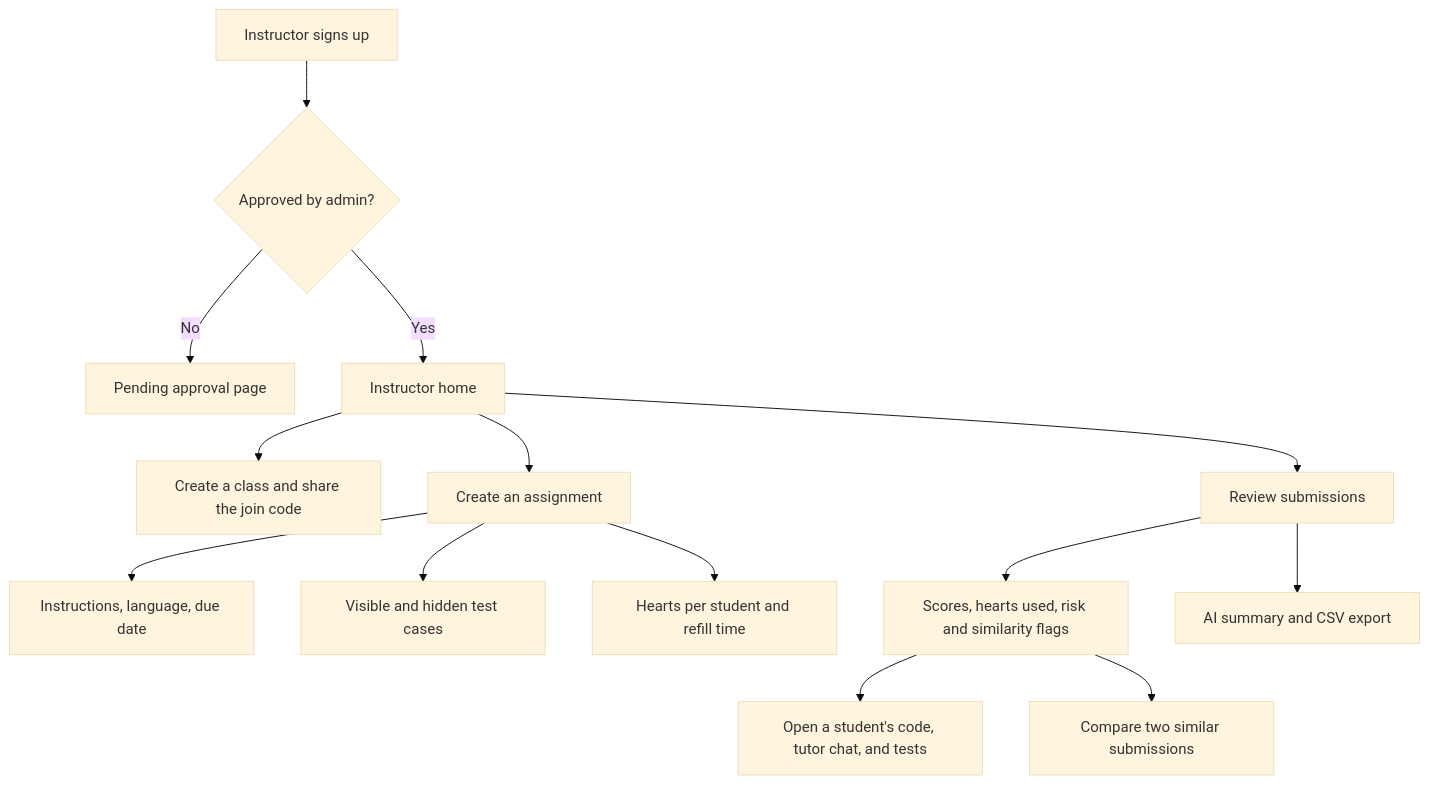
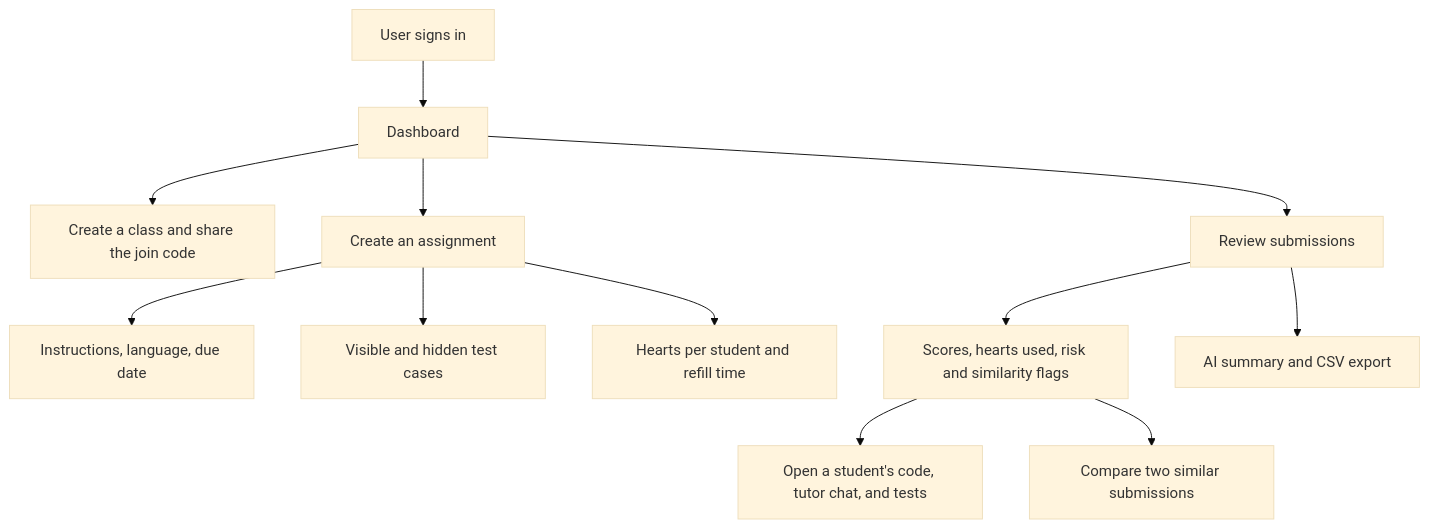
One commit to fjdvm/pace changed the second of 7 diagrams in README.md. Above: the diagram before and after it, drawn with Mermaid (base theme). The commit also changed other lines of this file and 23 other files, not shown here.

Commit message:
fix: remove instructor approval flow (#55)

````diff
--- a/README.md
+++ b/README.md
@@ -111,16 +110,14 @@
 ```mermaid
 flowchart TD
-    A[Instructor signs up] --> B{Approved by admin?}
-    B -->|No| C[Pending approval page]
-    B -->|Yes| D[Instructor home]
+    A[User signs in] --> D[Dashboard]
     D --> E[Create a class and share the join code]
     D --> F[Create an assignment]
     F --> G[Instructions, language, due date]
     F --> H[Visible and hidden test cases]
     F --> I[Hearts per student and refill time]
     D --> J[Review submissions]
     J --> K[Scores, hearts used, risk and similarity flags]
     K --> L[Open a student's code, tutor chat, and tests]
     K --> M[Compare two similar submissions]
     J --> N[AI summary and CSV export]
 ```
````
